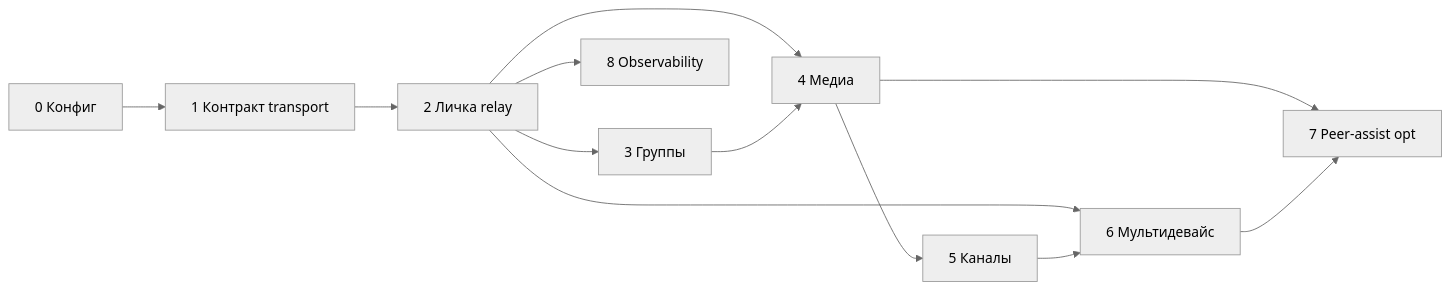
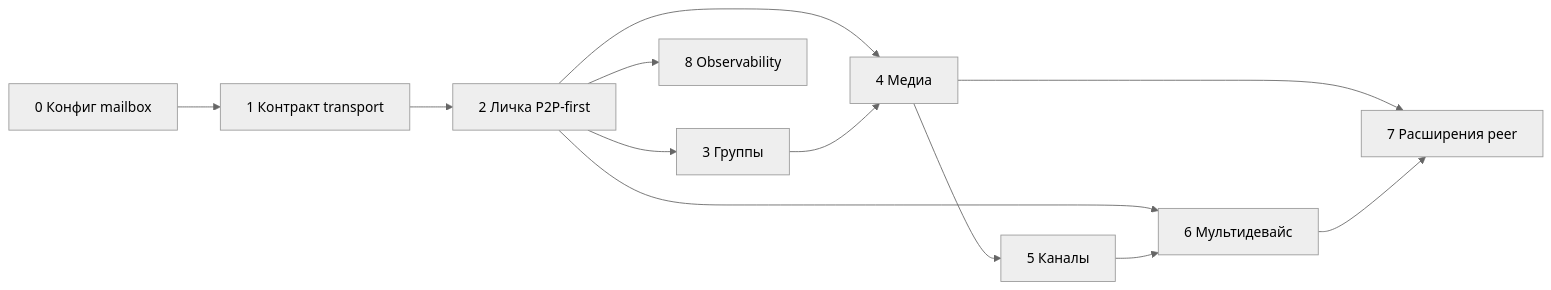
Before and after one commit to Gurufuiled/Chatus: the diagram in docs/p2p/03-rollout-phases.md, drawn with Mermaid (neutral theme). The commit also changed other lines of this file and 6 other files, not shown here.

First line of the commit message:
docs(p2p): align plan with P2P-first and server mailbox fallback

````diff
--- a/docs/p2p/03-rollout-phases.md
+++ b/docs/p2p/03-rollout-phases.md
@@ -123,21 +116,21 @@
 ```mermaid
 flowchart LR
-  F0[0 Конфиг]
+  F0[0 Конфиг mailbox]
   F1[1 Контракт transport]
-  F2[2 Личка relay]
+  F2[2 Личка P2P-first]
   F3[3 Группы]
   F4[4 Медиа]
   F5[5 Каналы]
   F6[6 Мультидевайс]
-  F7[7 Peer-assist opt]
+  F7[7 Расширения peer]
   F8[8 Observability]
   F0 --> F1 --> F2 --> F3
   F2 --> F4
   F3 --> F4
   F4 --> F5
   F2 --> F6
   F5 --> F6
   F4 --> F7
   F6 --> F7
   F2 --> F8
 ```
````
